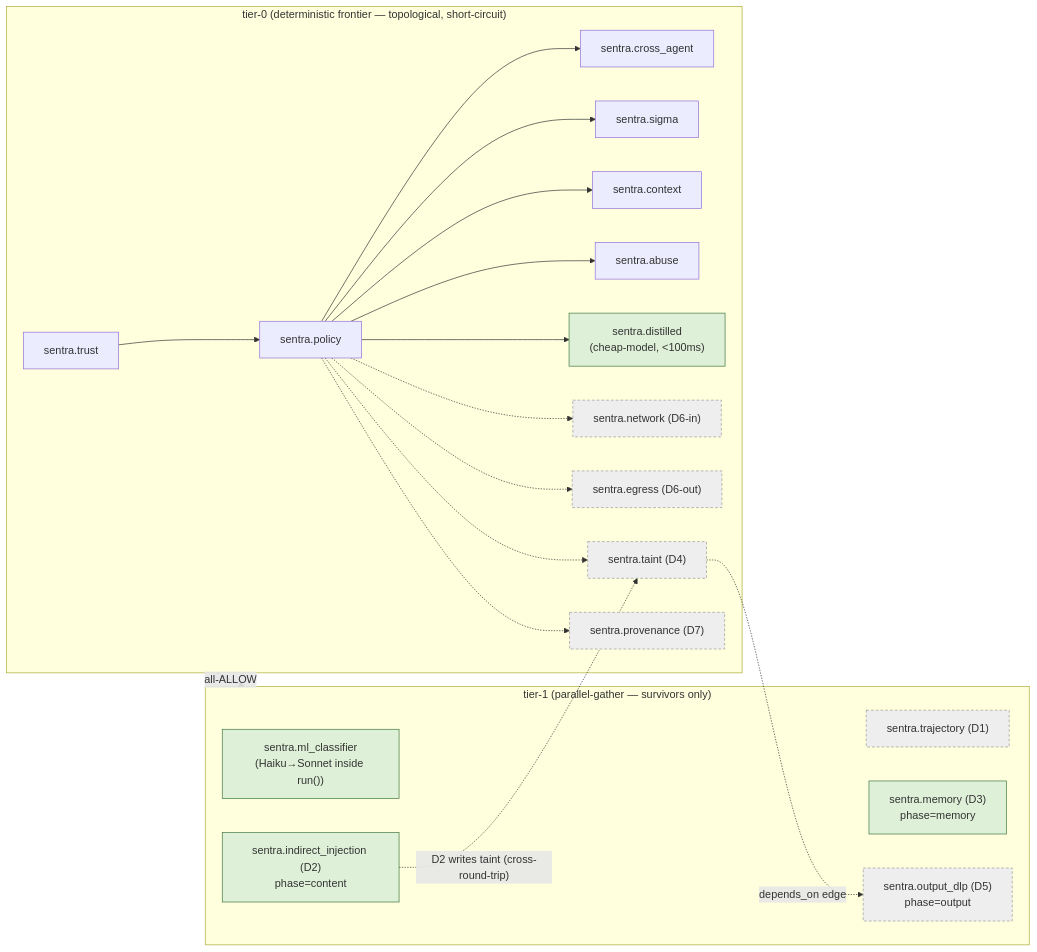
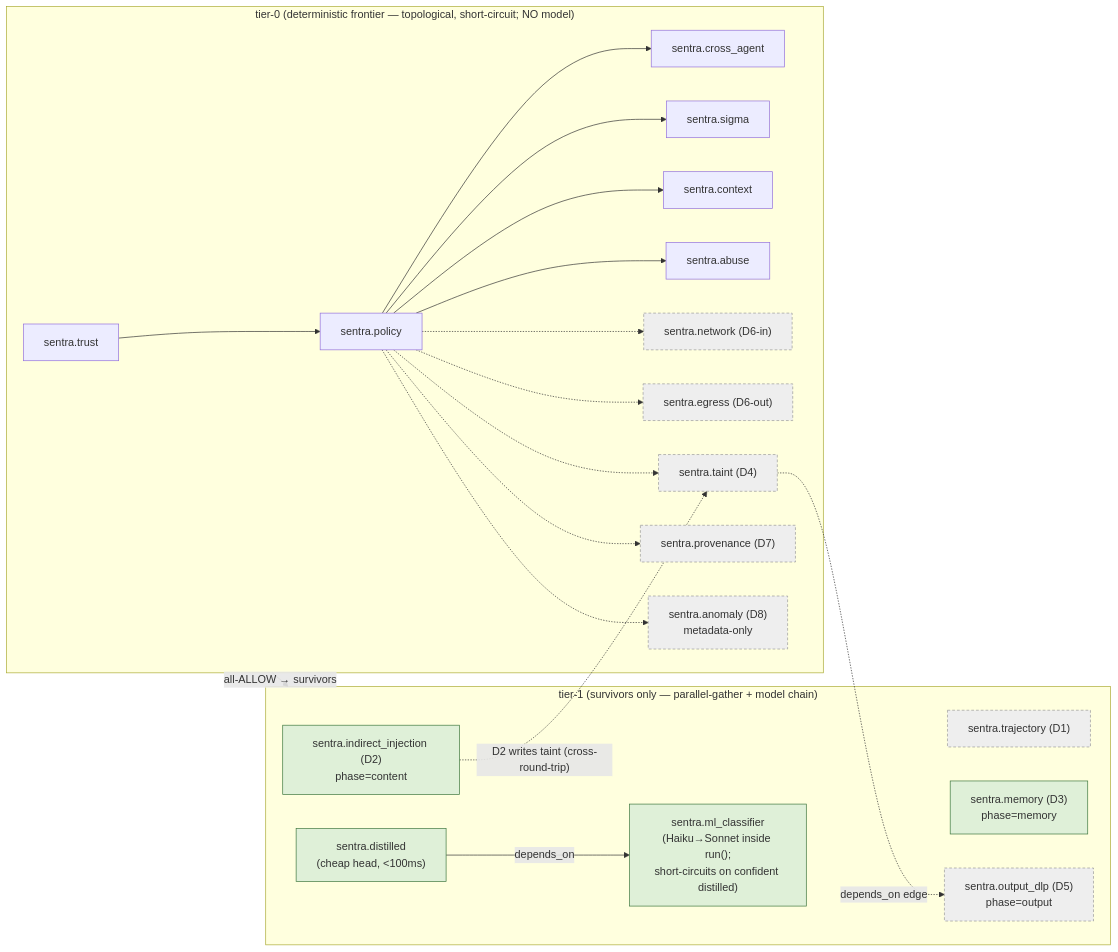
One commit to shashank31mar/Sentra changed the second of 4 diagrams in lld/32-detection-depth.md. Above: the diagram before and after it, drawn with Mermaid. The commit also changed other lines of this file and 2 other files, not shown here.

Commit message:
ws-l: round-3 fix directives for lld/32 (FIX-A shadow=no-side-effects root cause, FIX-B tier-0 shadow-via-abstain, FIX-C WS-0 signed→distilled builds, FIX-D..G) + round-2 draft

````diff
--- a/lld/32-detection-depth.md
+++ b/lld/32-detection-depth.md
@@ -217,29 +253,29 @@
 ```mermaid
 flowchart LR
-  subgraph TIER0["tier-0 (deterministic frontier — topological, short-circuit)"]
+  subgraph TIER0["tier-0 (deterministic frontier — topological, short-circuit; NO model)"]
     TRUST["sentra.trust"] --> POLICY["sentra.policy"]
     POLICY --> CROSS["sentra.cross_agent"]
     POLICY --> SIGMA["sentra.sigma"]
     POLICY --> CTX["sentra.context"]
     POLICY --> ABUSE["sentra.abuse"]
-    POLICY --> DISTILL["sentra.distilled<br/>(cheap-model, &lt;100ms)"]
     POLICY -.-> NET["sentra.network (D6-in)"]
     POLICY -.-> EGRESS["sentra.egress (D6-out)"]
     POLICY -.-> TAINT["sentra.taint (D4)"]
     POLICY -.-> PROV["sentra.provenance (D7)"]
+    POLICY -.-> ANOM["sentra.anomaly (D8)<br/>metadata-only"]
   end
-  subgraph TIER1["tier-1 (parallel-gather — survivors only)"]
-    ML["sentra.ml_classifier<br/>(Haiku→Sonnet inside run())"]
+  subgraph TIER1["tier-1 (survivors only — parallel-gather + model chain)"]
+    DISTILL["sentra.distilled<br/>(cheap head, &lt;100ms)"] -->|"depends_on"| ML["sentra.ml_classifier<br/>(Haiku→Sonnet inside run();<br/>short-circuits on confident distilled)"]
     TRAJ["sentra.trajectory (D1)"]
     IND["sentra.indirect_injection (D2)<br/>phase=content"]
     MEM["sentra.memory (D3)<br/>phase=memory"]
     DLP["sentra.output_dlp (D5)<br/>phase=output"]
   end
-  TIER0 -->|"all-ALLOW"| TIER1
+  TIER0 -->|"all-ALLOW → survivors"| TIER1
   IND -.->|"D2 writes taint (cross-round-trip)"| TAINT
   TAINT -.->|"depends_on edge"| DLP
   classDef later fill:#eee,stroke:#999,stroke-dasharray:4 3;
   classDef core fill:#dff0d8,stroke:#3c763d;
-  class NET,EGRESS,TAINT,PROV,TRAJ,DLP later;
+  class NET,EGRESS,TAINT,PROV,ANOM,TRAJ,DLP later;
   class IND,MEM,DISTILL,ML core;
 ```
````
